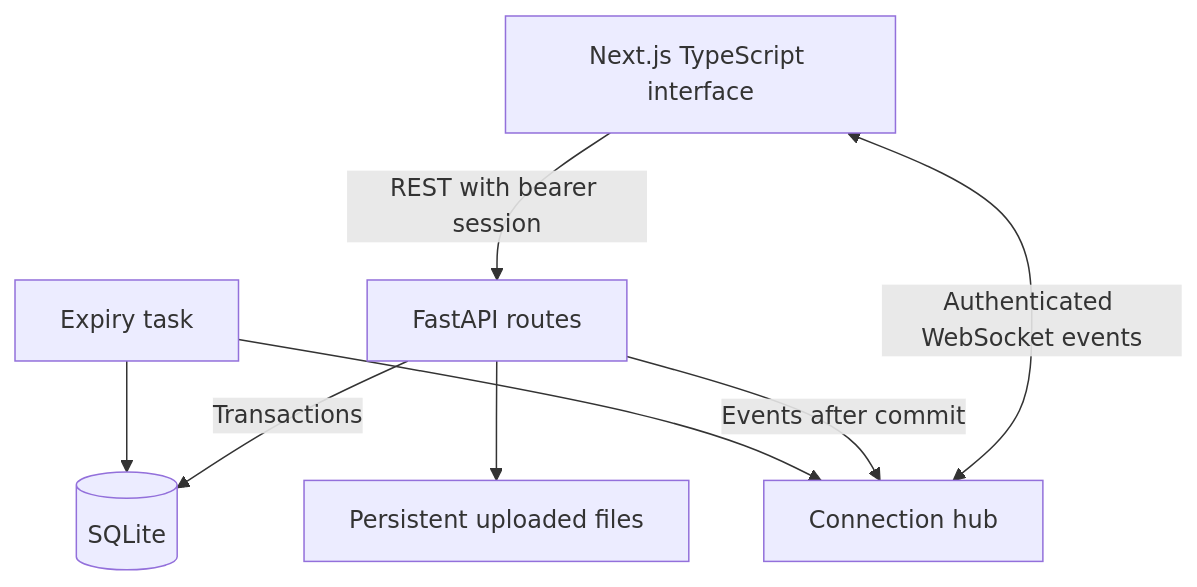
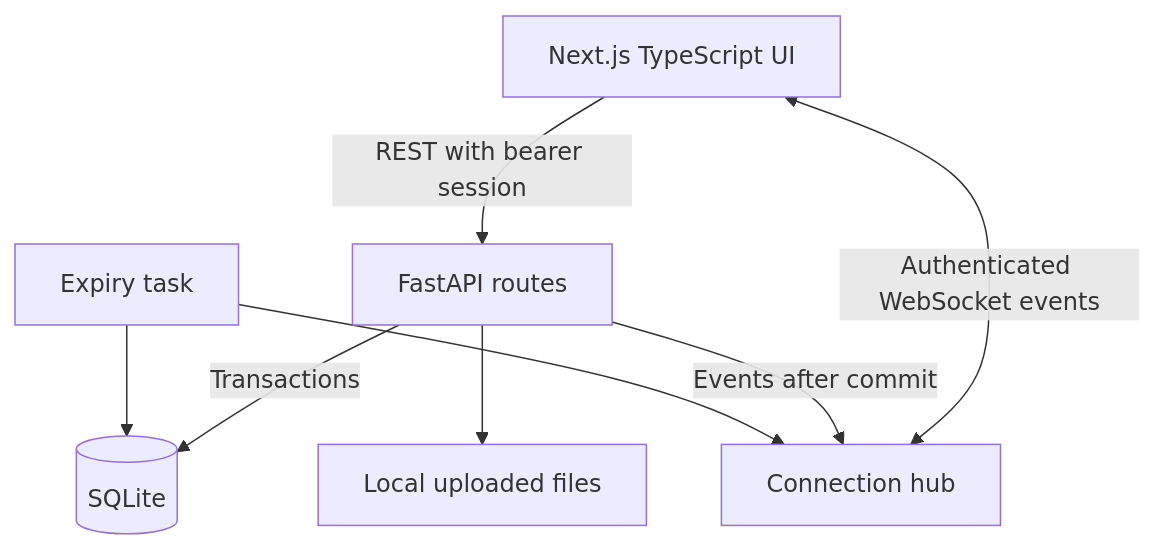
The diagram in README.md (ManikaR26/signal-clone), drawn with Mermaid before and after one commit. The commit also changed other lines of this file, not shown here.

````diff
--- a/README.md
+++ b/README.md
@@ -76,10 +184,10 @@
-```mermaid
+~~~mermaid
 flowchart TD
-    UI[Next.js TypeScript interface] -->|REST with bearer session| API[FastAPI routes]
-    UI <-->|Authenticated WebSocket events| Hub[Connection hub]
-    API -->|Transactions| DB[(SQLite)]
-    API -->|Events after commit| Hub
-    API --> Files[Persistent uploaded files]
-    Expiry[Expiry task] --> DB
-    Expiry --> Hub
-```
+    UI["Next.js TypeScript UI"] -->|REST with bearer session| API["FastAPI routes"]
+    UI <-->|Authenticated WebSocket events| HUB["Connection hub"]
+    API -->|Transactions| DB[("SQLite")]
+    API -->|Events after commit| HUB
+    API --> FILES["Local uploaded files"]
+    EXPIRY["Expiry task"] --> DB
+    EXPIRY --> HUB
+~~~
````
